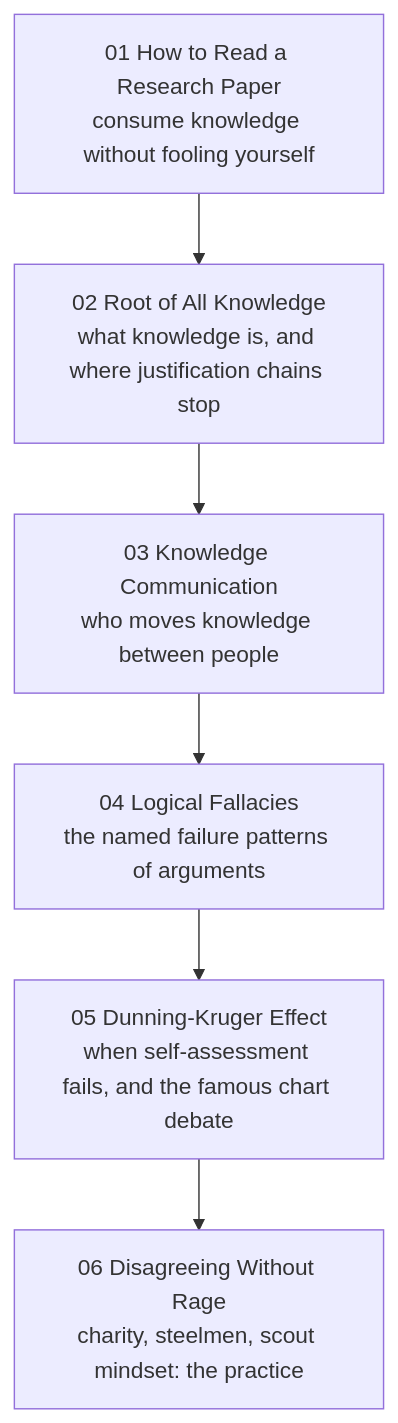
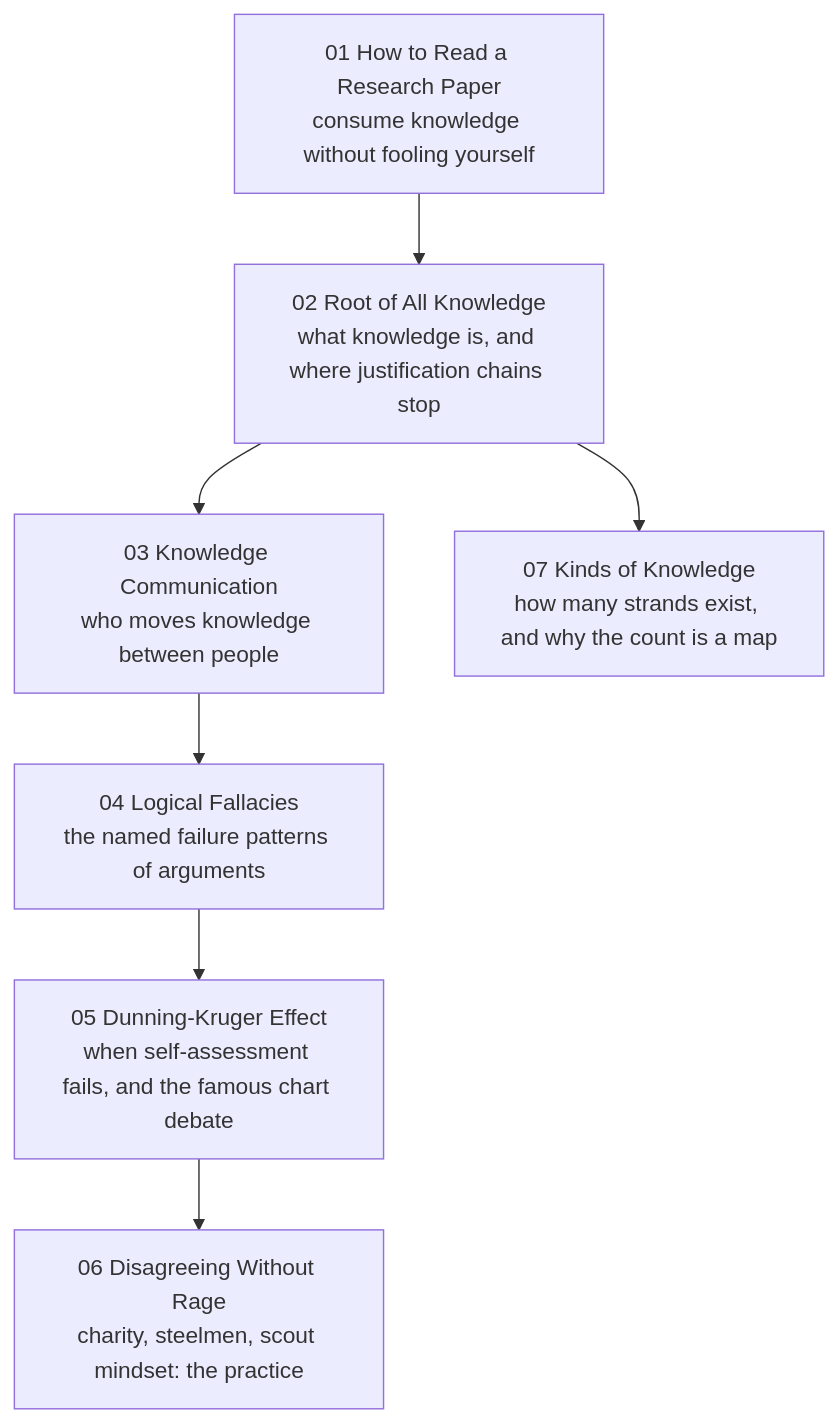
Before and after one commit to oat431/oralita_md: the diagram in personal/meta-learning/00_overview.md, drawn with Mermaid. The commit also changed other lines of this file and 27 other files, not shown here.

````diff
--- a/personal/meta-learning/00_overview.md
+++ b/personal/meta-learning/00_overview.md
@@ -13,8 +13,9 @@
 ```mermaid
 flowchart TD
     S1["01 How to Read a Research Paper<br/>consume knowledge without fooling yourself"] --> S2["02 Root of All Knowledge<br/>what knowledge is, and where justification chains stop"]
     S2 --> S3["03 Knowledge Communication<br/>who moves knowledge between people"]
     S3 --> S4["04 Logical Fallacies<br/>the named failure patterns of arguments"]
     S4 --> S5["05 Dunning-Kruger Effect<br/>when self-assessment fails, and the famous chart debate"]
     S5 --> S6["06 Disagreeing Without Rage<br/>charity, steelmen, scout mindset: the practice"]
+    S2 --> S7["07 Kinds of Knowledge<br/>how many strands exist, and why the count is a map"]
 ```
````
